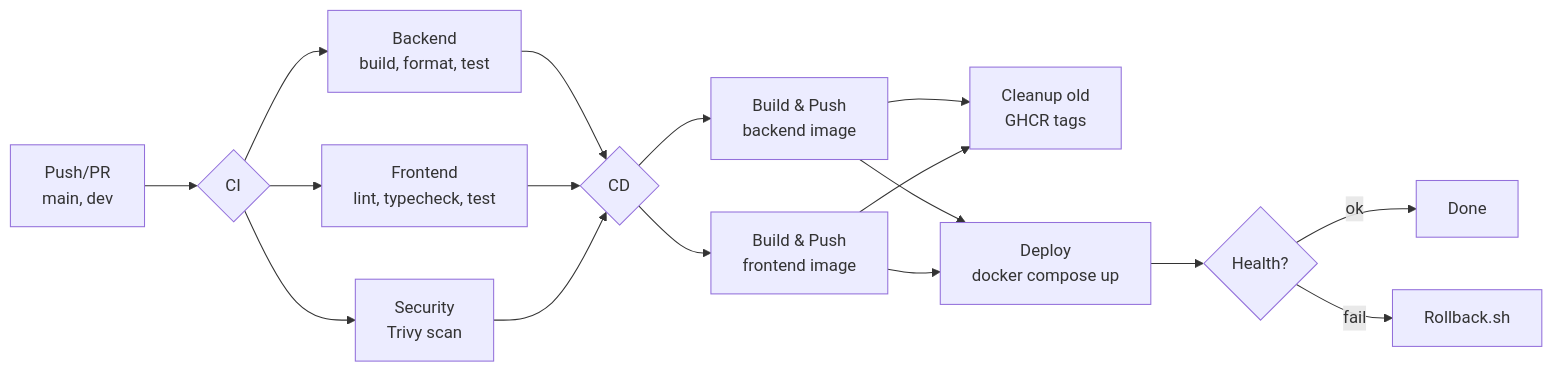
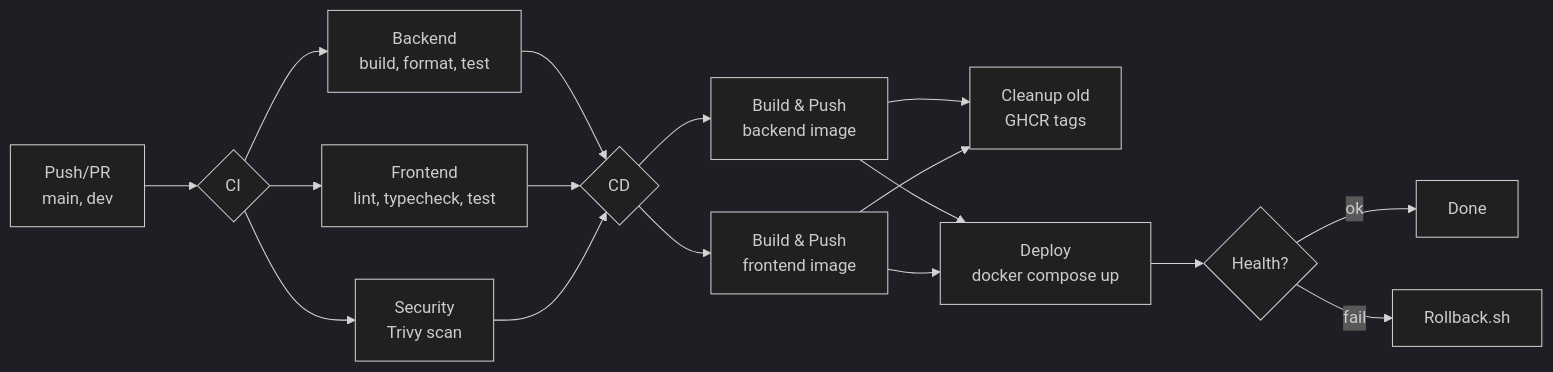
The diagram in .github/Deployment.md (alanarzumanjan/SmartAnimalShelter), drawn with Mermaid before and after one commit.

Commit message:
update Deployment.md with dark theme for flowchart visualization

````diff
--- a/.github/Deployment.md
+++ b/.github/Deployment.md
@@ -89,15 +89,16 @@
 ```mermaid
+%%{init: {'theme': 'dark'}}%%
 flowchart LR
     A[Push/PR<br/>main, dev] --> B{CI}
     B --> C[Backend<br/>build, format, test]
     B --> D[Frontend<br/>lint, typecheck, test]
     B --> E[Security<br/>Trivy scan]
     C & D & E --> F{CD}
     F --> G[Build & Push<br/>backend image]
     F --> H[Build & Push<br/>frontend image]
     G & H --> I[Cleanup old<br/>GHCR tags]
     G & H --> J[Deploy<br/>docker compose up]
     J --> K{Health?}
     K -->|ok| L[Done]
     K -->|fail| M[Rollback.sh]
 ```
````
